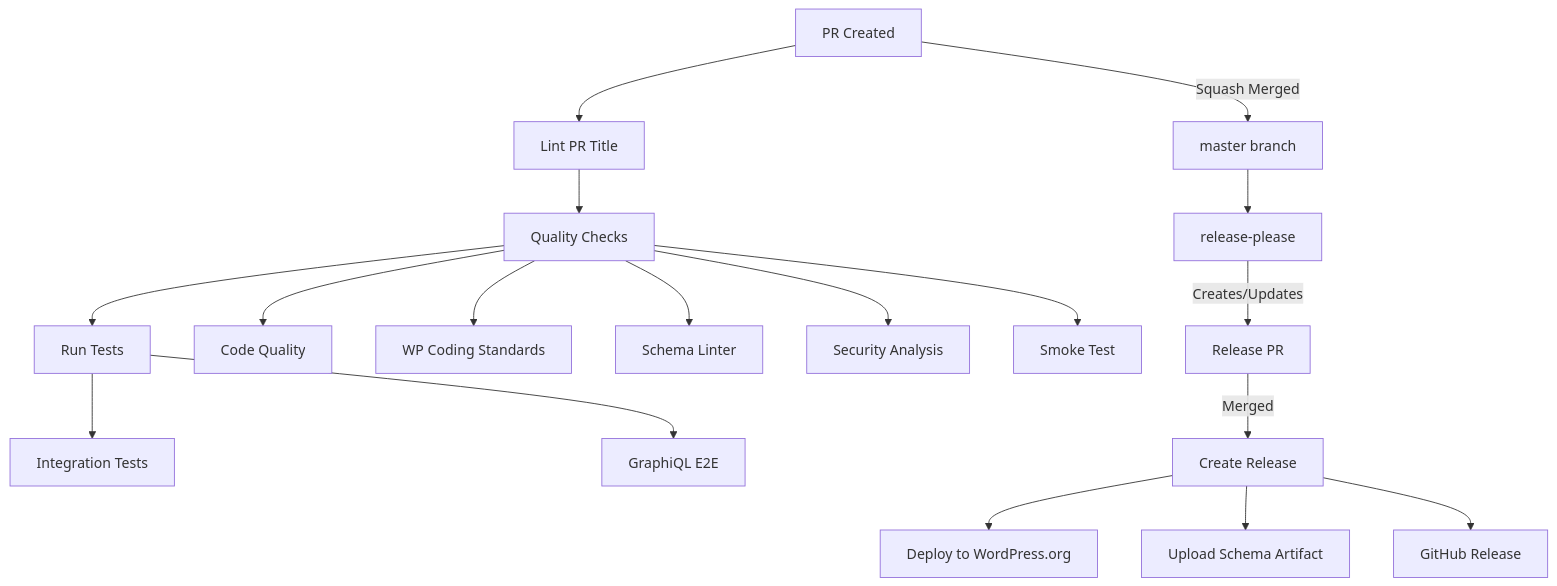
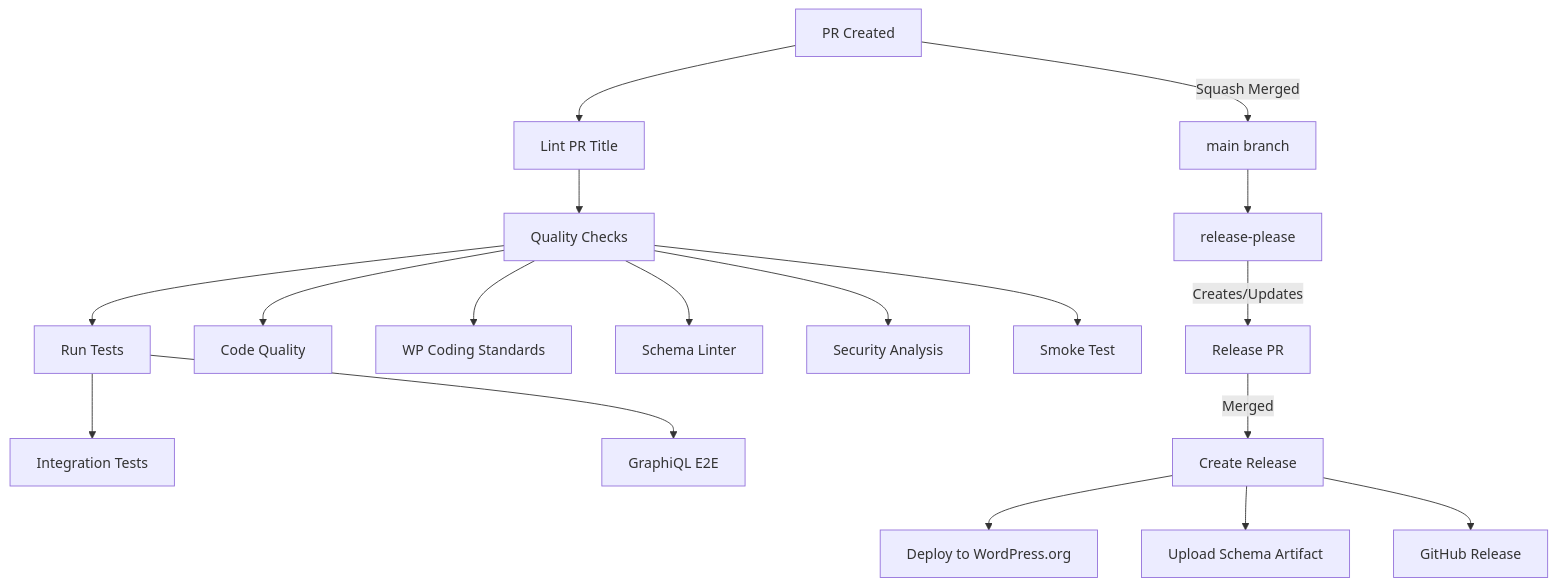
One commit to wp-graphql/wp-graphql changed the diagram in .github/workflows/README.md. Above: the diagram before and after it, drawn with Mermaid. The commit also changed other lines of this file and 34 other files, not shown here.

First line of the commit message:
chore: rename default branch from master to main

````diff
--- a/.github/workflows/README.md
+++ b/.github/workflows/README.md
@@ -92,27 +92,27 @@
 ```mermaid
 flowchart TD
     %% PR Process
     PR[PR Created] --> LPR[Lint PR Title]
     LPR --> QA[Quality Checks]
     QA --> Tests[Run Tests]
 
     %% Quality Checks
     QA --> CQ[Code Quality]
     QA --> WCS[WP Coding Standards]
     QA --> SL[Schema Linter]
     QA --> SEC[Security Analysis]
     QA --> SM[Smoke Test]
 
     %% Tests
     Tests --> INT[Integration Tests]
     Tests --> E2E[GraphiQL E2E]
 
     %% Merge and Release
-    PR --> |Squash Merged| MASTER[master branch]
-    MASTER --> RP[release-please]
+    PR --> |Squash Merged| MAIN[main branch]
+    MAIN --> RP[release-please]
     RP --> |Creates/Updates| RPR[Release PR]
     RPR --> |Merged| REL[Create Release]
     REL --> WO[Deploy to WordPress.org]
     REL --> SA[Upload Schema Artifact]
     REL --> GH[GitHub Release]
 ```
````
